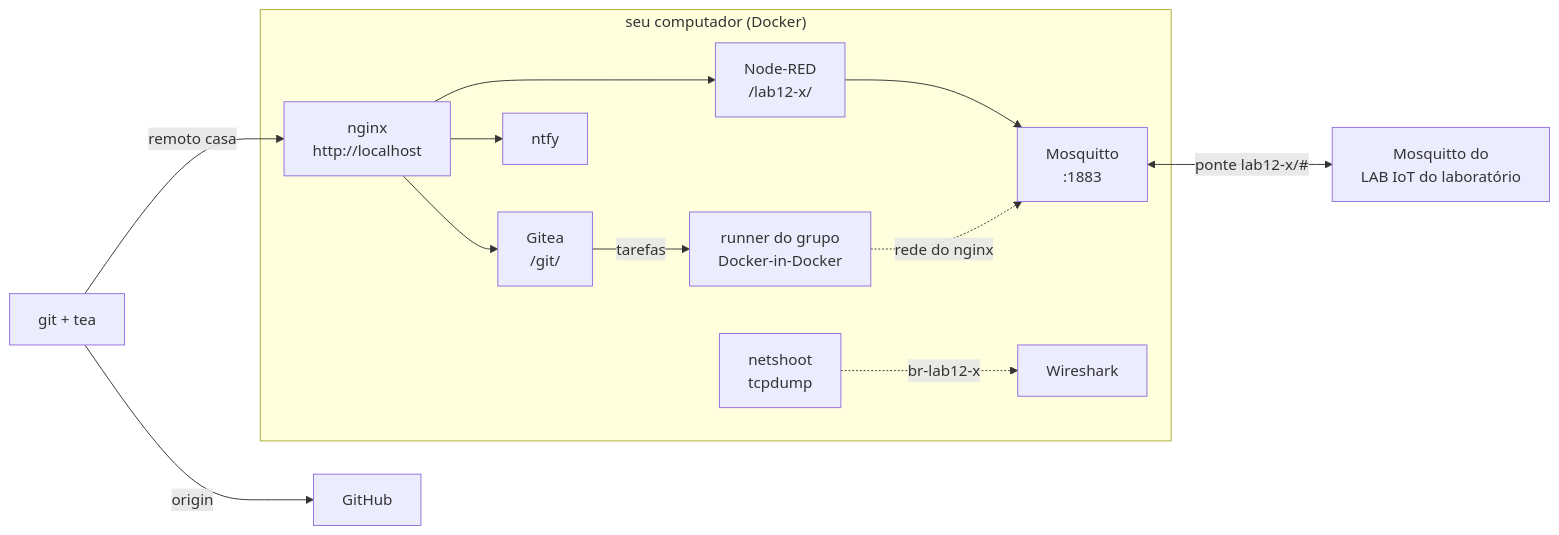
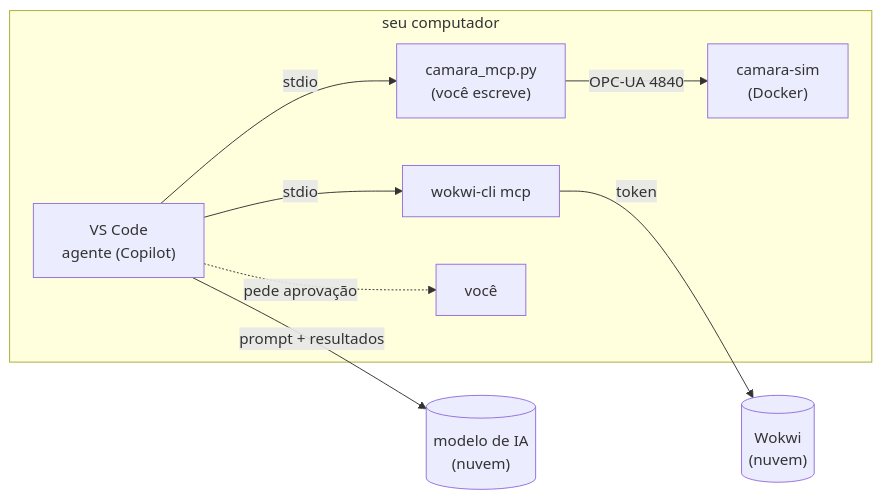
Before and after one commit to ruseleredu/iiot-docs: the diagram in labs-docs/LAB12.mdx, drawn with Mermaid. The commit also changed other lines of this file and 2 other files, not shown here.

````diff
--- a/labs-docs/LAB12.mdx
+++ b/labs-docs/LAB12.mdx
@@ -46,15 +42,12 @@
 ```mermaid
 flowchart LR
-  subgraph PC["seu computador (Docker)"]
-    N["nginx<br/>http://localhost"] --> NR["Node-RED<br/>/lab12-x/"]
-    N --> G["Gitea<br/>/git/"]
-    N --> NT["ntfy"]
-    NR --> M["Mosquitto<br/>:1883"]
-    G -- "tarefas" --> R["runner do grupo<br/>Docker-in-Docker"]
-    R -. "rede do nginx" .-> M
-    NS["netshoot<br/>tcpdump"] -. "br-lab12-x" .-> W["Wireshark"]
+  subgraph PC["seu computador"]
+    VS["VS Code<br/>agente (Copilot)"]
+    VS -- "stdio" --> W["wokwi-cli mcp"]
+    VS -- "stdio" --> C["camara_mcp.py<br/>(você escreve)"]
+    C -- "OPC-UA 4840" --> CS["camara-sim<br/>(Docker)"]
+    VS -. "pede aprovação" .-> EU["você"]
   end
-  GIT["git + tea"] -- "remoto casa" --> N
-  GIT -- "origin" --> GH["GitHub"]
-  M <-- "ponte lab12-x/#" --> ML["Mosquitto do<br/>LAB IoT do laboratório"]
+  VS -- "prompt + resultados" --> LLM[("modelo de IA<br/>(nuvem)")]
+  W -- "token" --> WK[("Wokwi<br/>(nuvem)")]
 ```
````
